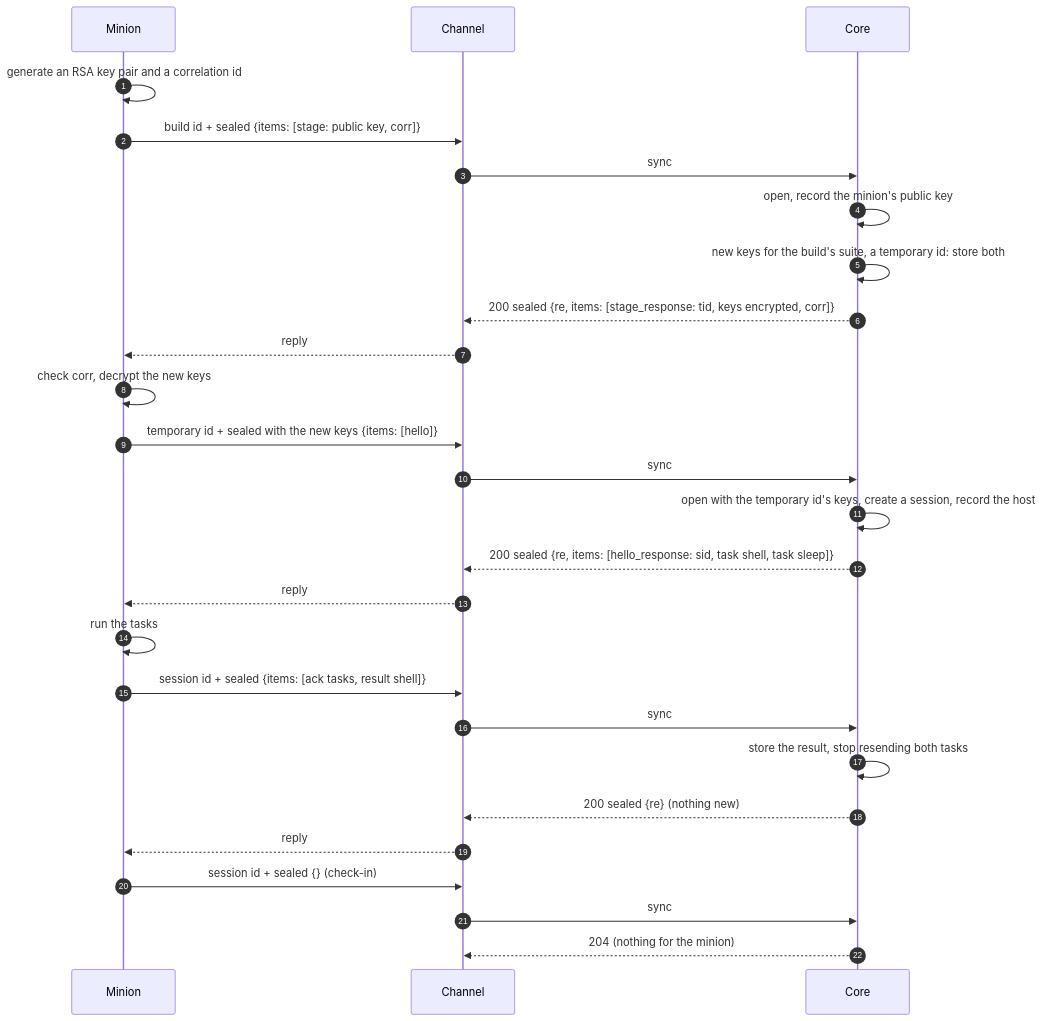
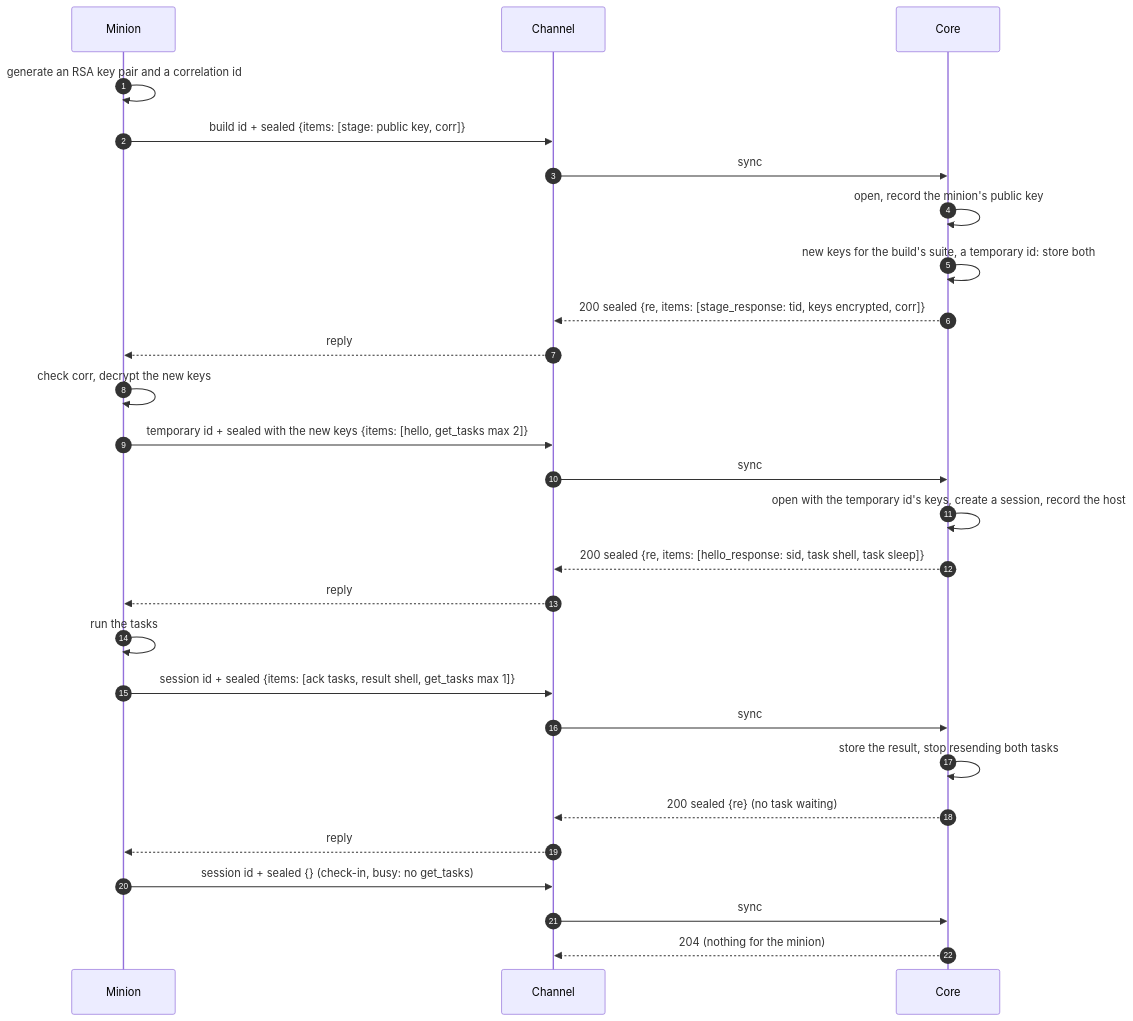
The diagram in src/content/docs/contracts/minion-messages.md (LogosCore/logos-docs), drawn with Mermaid before and after one commit. The commit also changed other lines of this file, not shown here.

First line of the commit message:
Minion Messages (Draft): get_tasks, the minion asks for tasks and says how many

````diff
--- a/src/content/docs/contracts/minion-messages.md
+++ b/src/content/docs/contracts/minion-messages.md
@@ -335,30 +342,30 @@
 ```mermaid
 sequenceDiagram
     autonumber
     participant M as Minion
     participant CH as Channel
     participant C as Core
 
     M->>M: generate an RSA key pair and a correlation id
     M->>CH: build id + sealed {items: [stage: public key, corr]}
     CH->>C: sync
     C->>C: open, record the minion's public key
     C->>C: new keys for the build's suite, a temporary id: store both
     C-->>CH: 200 sealed {re, items: [stage_response: tid, keys encrypted, corr]}
     CH-->>M: reply
     M->>M: check corr, decrypt the new keys
-    M->>CH: temporary id + sealed with the new keys {items: [hello]}
+    M->>CH: temporary id + sealed with the new keys {items: [hello, get_tasks max 2]}
     CH->>C: sync
     C->>C: open with the temporary id's keys, create a session, record the host
     C-->>CH: 200 sealed {re, items: [hello_response: sid, task shell, task sleep]}
     CH-->>M: reply
     M->>M: run the tasks
-    M->>CH: session id + sealed {items: [ack tasks, result shell]}
+    M->>CH: session id + sealed {items: [ack tasks, result shell, get_tasks max 1]}
     CH->>C: sync
     C->>C: store the result, stop resending both tasks
-    C-->>CH: 200 sealed {re} (nothing new)
+    C-->>CH: 200 sealed {re} (no task waiting)
     CH-->>M: reply
-    M->>CH: session id + sealed {} (check-in)
+    M->>CH: session id + sealed {} (check-in, busy: no get_tasks)
     CH->>C: sync
     C-->>CH: 204 (nothing for the minion)
 ```
````
